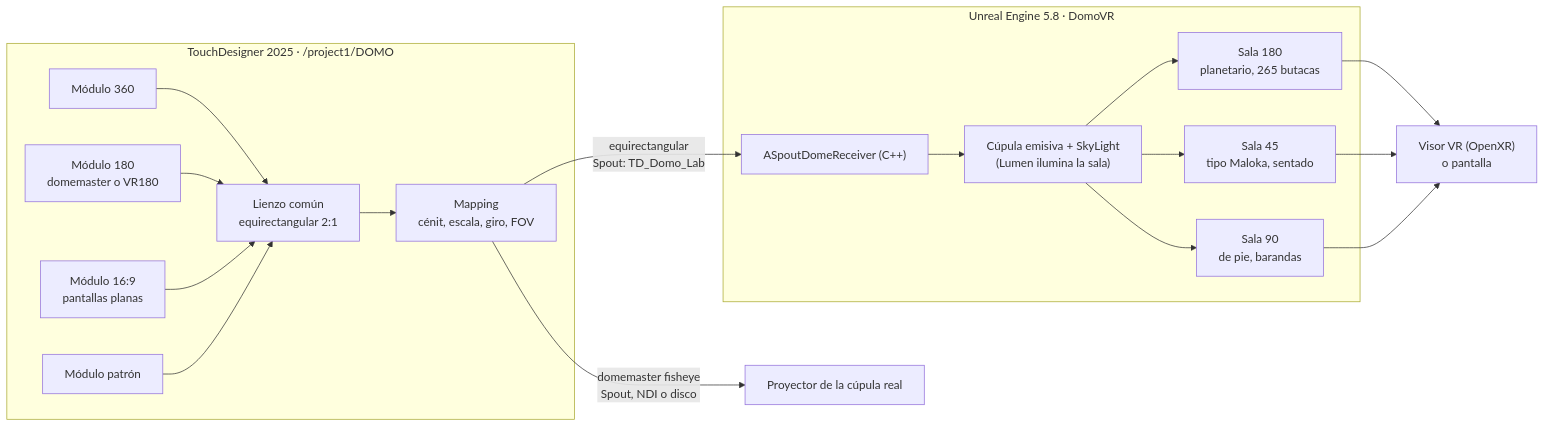
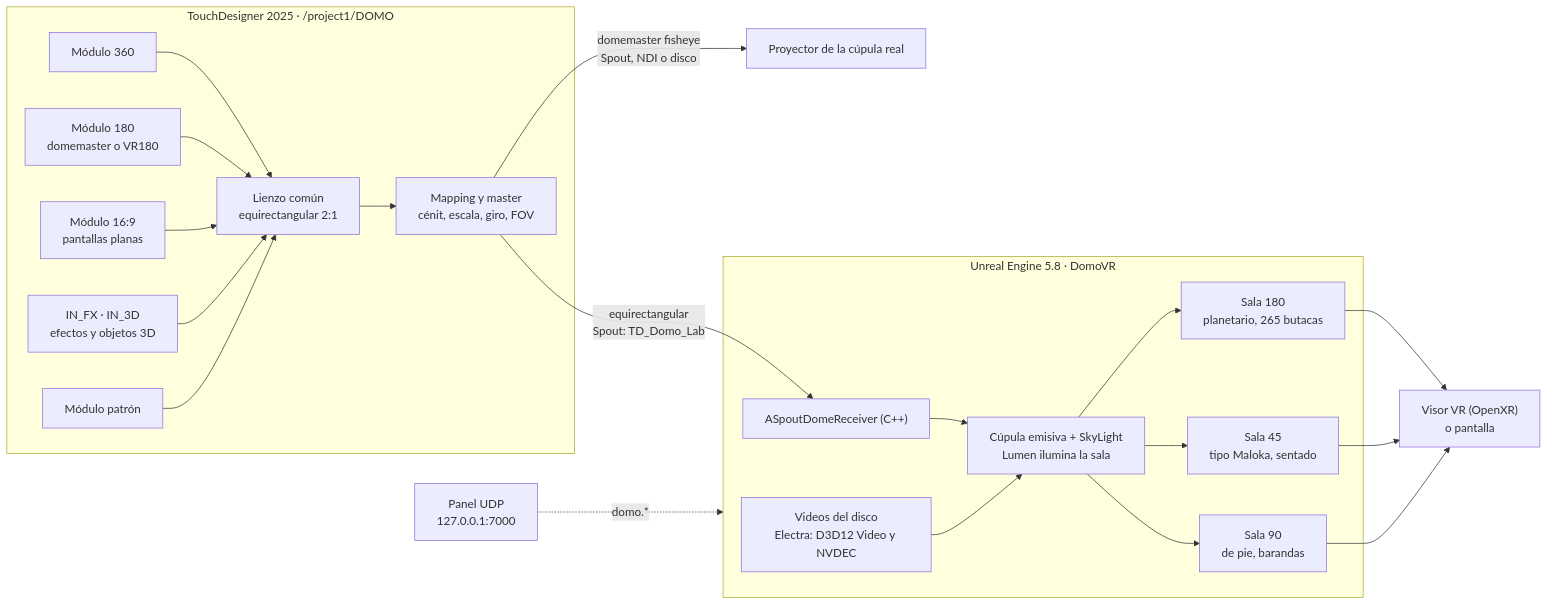
The first of 2 diagrams in README.md (Danvegamo/domo-lab), drawn with Mermaid before and after one commit. The commit also changed other lines of this file and 44 other files, not shown here.

````diff
--- a/README.md
+++ b/README.md
@@ -50,27 +86,31 @@
 ```mermaid
 flowchart LR
     subgraph TD["TouchDesigner 2025 · /project1/DOMO"]
         M360["Módulo 360"]
         M180["Módulo 180<br/>domemaster o VR180"]
         M169["Módulo 16:9<br/>pantallas planas"]
+        FX["IN_FX · IN_3D<br/>efectos y objetos 3D"]
         PAT["Módulo patrón"]
         EQ["Lienzo común<br/>equirectangular 2:1"]
-        MAP["Mapping<br/>cénit, escala, giro, FOV"]
+        MAP["Mapping y master<br/>cénit, escala, giro, FOV"]
         M360 --> EQ
         M180 --> EQ
         M169 --> EQ
+        FX --> EQ
         PAT --> EQ
         EQ --> MAP
     end
     MAP -->|"domemaster fisheye<br/>Spout, NDI o disco"| PROY["Proyector de la cúpula real"]
     MAP -->|"equirectangular<br/>Spout: TD_Domo_Lab"| RX["ASpoutDomeReceiver (C++)"]
     subgraph UE["Unreal Engine 5.8 · DomoVR"]
-        RX --> DOMO["Cúpula emisiva + SkyLight<br/>(Lumen ilumina la sala)"]
+        RX --> DOMO["Cúpula emisiva + SkyLight<br/>Lumen ilumina la sala"]
+        VID["Videos del disco<br/>Electra: D3D12 Video y NVDEC"] --> DOMO
         DOMO --> S180["Sala 180<br/>planetario, 265 butacas"]
         DOMO --> S45["Sala 45<br/>tipo Maloka, sentado"]
         DOMO --> S90["Sala 90<br/>de pie, barandas"]
     end
+    UDP["Panel UDP<br/>127.0.0.1:7000"] -.->|"domo.*"| UE
     S180 --> VR["Visor VR (OpenXR)<br/>o pantalla"]
     S45 --> VR
     S90 --> VR
 ```
````
